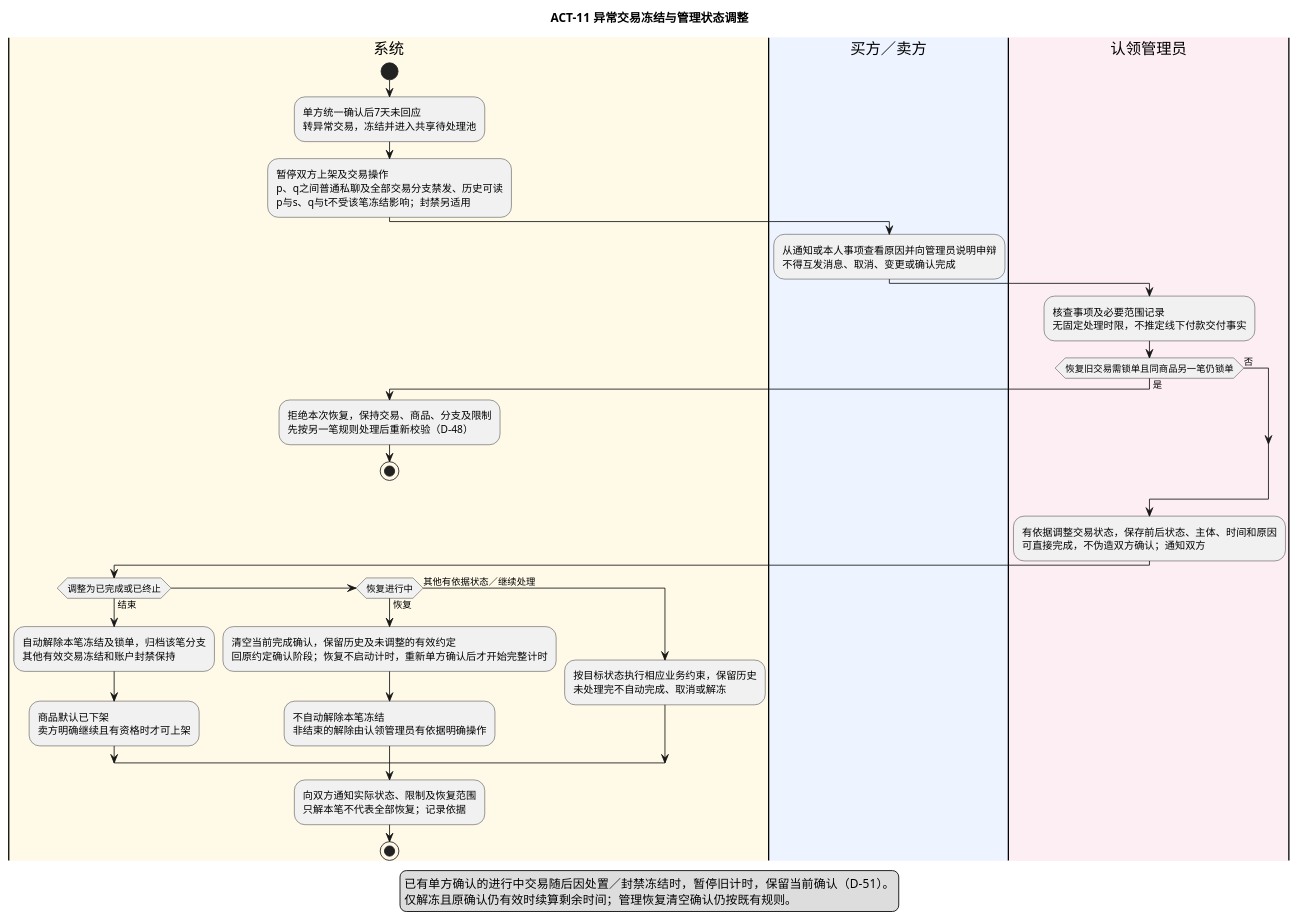
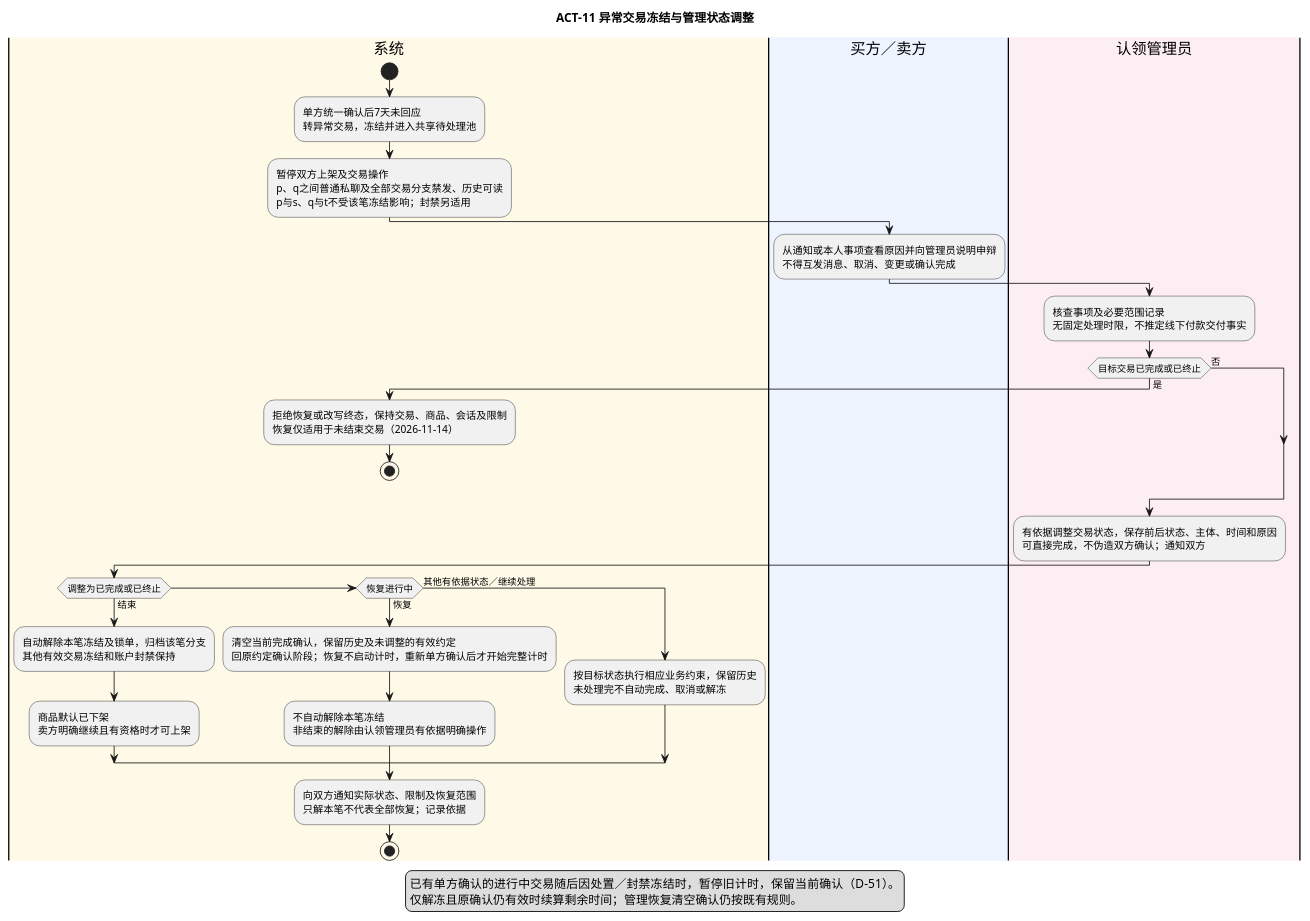
One commit to iy88/se-course-project-1 changed the diagram in docs/appendices/models/ACT-11-异常交易处置.puml. Above: the diagram before and after it, drawn with PlantUML. The commit also changed other lines of this file and 47 other files, not shown here.

```diff
--- a/docs/appendices/models/ACT-11-异常交易处置.puml
+++ b/docs/appendices/models/ACT-11-异常交易处置.puml
@@ -12,37 +12,37 @@
 @startuml ACT-11
 
 skinparam defaultFontName "PingFang SC"
 title ACT-11 异常交易冻结与管理状态调整
 |#FFF9E8|系统|
 start
 :单方统一确认后7天未回应\n转异常交易，冻结并进入共享待处理池;
 :暂停双方上架及交易操作\np、q之间普通私聊及全部交易分支禁发、历史可读\np与s、q与t不受该笔冻结影响；封禁另适用;
 |#EEF4FF|买方／卖方|
 :从通知或本人事项查看原因并向管理员说明申辩\n不得互发消息、取消、变更或确认完成;
 |#FDEEF4|认领管理员|
 :核查事项及必要范围记录\n无固定处理时限，不推定线下付款交付事实;
-if (恢复旧交易需锁单且同商品另一笔仍锁单) then (是)
+if (目标交易已完成或已终止) then (是)
   |#FFF9E8|系统|
-  :拒绝本次恢复，保持交易、商品、分支及限制\n先按另一笔规则处理后重新校验（D-48）;
+  :拒绝恢复或改写终态，保持交易、商品、会话及限制\n恢复仅适用于未结束交易（2026-11-14）;
   stop
 else (否)
 endif
 |#FDEEF4|认领管理员|
 :有依据调整交易状态，保存前后状态、主体、时间和原因\n可直接完成，不伪造双方确认；通知双方;
 |#FFF9E8|系统|
 if (调整为已完成或已终止) then (结束)
  :自动解除本笔冻结及锁单，归档该笔分支\n其他有效交易冻结和账户封禁保持;
  :商品默认已下架\n卖方明确继续且有资格时才可上架;
 elseif (恢复进行中) then (恢复)
  :清空当前完成确认，保留历史及未调整的有效约定\n回原约定确认阶段；恢复不启动计时，重新单方确认后才开始完整计时;
  :不自动解除本笔冻结\n非结束的解除由认领管理员有依据明确操作;
 else (其他有依据状态／继续处理)
  :按目标状态执行相应业务约束，保留历史\n未处理完不自动完成、取消或解冻;
 endif
 :向双方通知实际状态、限制及恢复范围\n只解本笔不代表全部恢复；记录依据;
 stop
 legend bottom
 已有单方确认的进行中交易随后因处置／封禁冻结时，暂停旧计时，保留当前确认（D-51）。
 仅解冻且原确认仍有效时续算剩余时间；管理恢复清空确认仍按既有规则。
 endlegend
 @enduml
```
